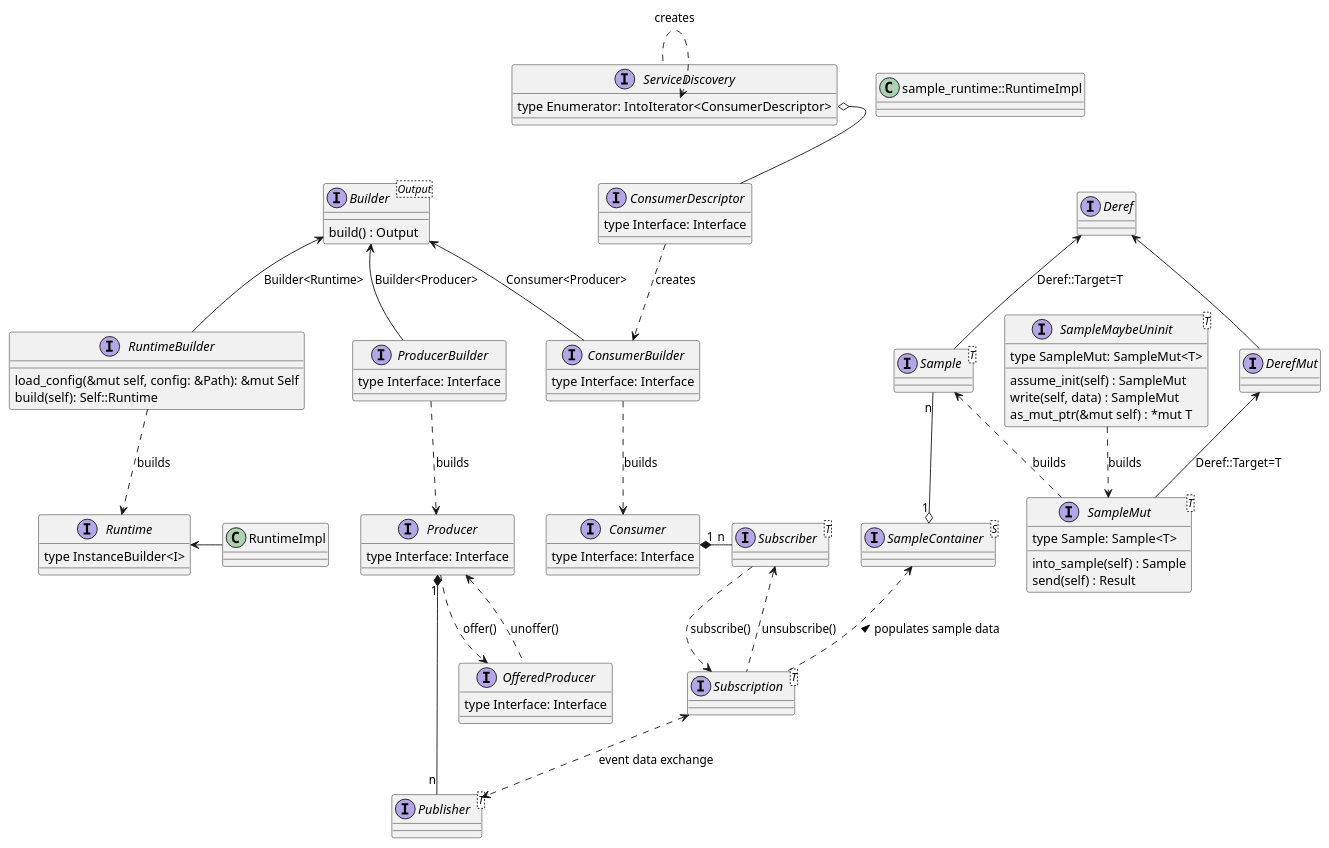
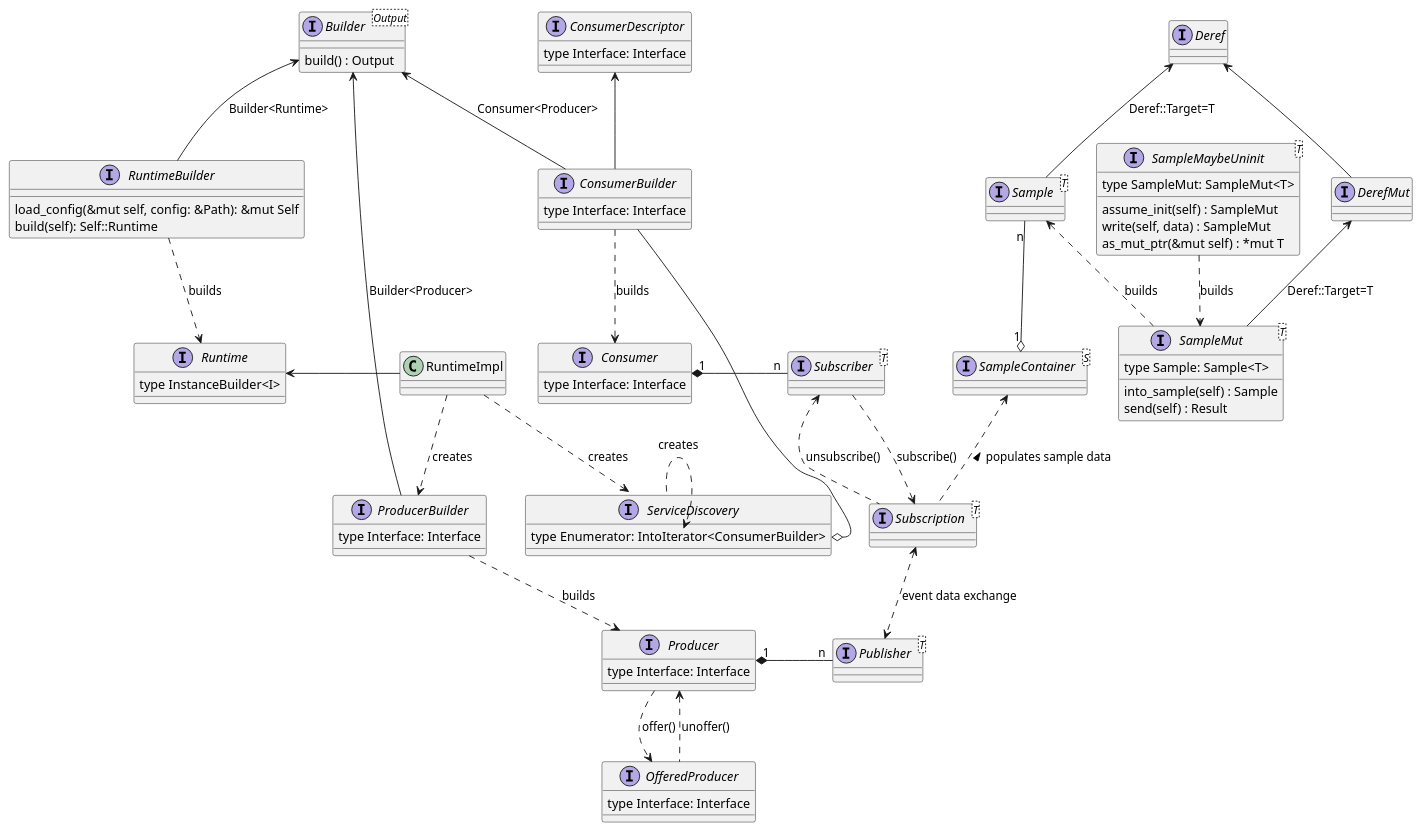
One commit to eclipse-score/inc_mw_com changed the diagram in com-api/docs/static.puml. Above: the diagram before and after it, drawn with PlantUML. The commit also changed 3 other files, not shown here.

First line of the commit message:
ServiceDiscovery directly returns ConsumerBuilder

```diff
--- a/com-api/docs/static.puml
+++ b/com-api/docs/static.puml
@@ -1,112 +1,115 @@
 @startuml
 
 ' Copyright (c) 2025 Contributors to the Eclipse Foundation
 '
 ' See the NOTICE file(s) distributed with this work for additional
 ' information regarding copyright ownership.
 '
 ' This program and the accompanying materials are made available under the
 ' terms of the Apache License Version 2.0 which is available at
 ' <https://www.apache.org/licenses/LICENSE-2.0>
 '
 ' SPDX-License-Identifier: Apache-2.0
 
 interface Builder<Output> {
     build() : Output
 }
 
 ' Also called "Node"
 interface Runtime {
     type InstanceBuilder<I>
 }
 
 Interface RuntimeBuilder {
     load_config(&mut self, config: &Path): &mut Self
     build(self): Self::Runtime
 }
 
 Builder <-- RuntimeBuilder : Builder<Runtime>
 RuntimeBuilder ..> Runtime : builds
 
 interface Deref
 interface DerefMut
 Deref <-- DerefMut
 
 interface Sample<T>
 Deref <-- Sample : Deref::Target=T
 
 interface SampleMut<T> {
     type Sample: Sample<T>
     into_sample(self) : Sample
     send(self) : Result
 }
 DerefMut <-- SampleMut : Deref::Target=T
 
 interface SampleMaybeUninit<T> {
     type SampleMut: SampleMut<T>
     assume_init(self) : SampleMut
     write(self, data) : SampleMut
     as_mut_ptr(&mut self) : *mut T
 }
 
 SampleMaybeUninit ..> SampleMut : builds
 Sample <.. SampleMut : builds
 
-class sample_runtime::RuntimeImpl
-
 Runtime <- RuntimeImpl
 
 interface ProducerBuilder {
   type Interface: Interface
 }
+
+RuntimeImpl ..> ProducerBuilder : creates
+
 interface Producer {
   type Interface: Interface
 }
 interface OfferedProducer {
   type Interface: Interface
 }
 
 Builder <-- ProducerBuilder : Builder<Producer>
 ProducerBuilder ..> Producer : builds
 Producer ..> OfferedProducer : offer()
 Producer <.. OfferedProducer : unoffer()
 
 interface ServiceDiscovery {
-  type Enumerator: IntoIterator<ConsumerDescriptor>
+  type Enumerator: IntoIterator<ConsumerBuilder>
 }
+
+RuntimeImpl ..> ServiceDiscovery : creates
 
 interface ConsumerDescriptor {
   type Interface: Interface
 }
 interface ConsumerBuilder {
   type Interface: Interface
 }
 interface Consumer {
   type Interface: Interface
 }
 
 Builder <-- ConsumerBuilder : Consumer<Producer>
 ServiceDiscovery ..> ServiceDiscovery::Enumerator : creates
-ServiceDiscovery::Enumerator o-- ConsumerDescriptor
-ConsumerDescriptor ..> ConsumerBuilder : creates
+ConsumerBuilder -o ServiceDiscovery::Enumerator
+ConsumerDescriptor <-- ConsumerBuilder
 ConsumerBuilder ..> Consumer : builds
 
 interface Subscriber<T>
 interface Subscription<T>
 interface SampleContainer<S>
 
 Sample "n" --o "1" SampleContainer
 
 Subscriber ..> Subscription : subscribe()
 Subscriber <.. Subscription : unsubscribe()
 
 SampleContainer <.. Subscription : populates sample data <
 
 Consumer "1" *- "n" Subscriber
 
 interface Publisher<T>
 
 Producer "1" *- "n" Publisher
 Subscription <..> Publisher : event data exchange
 
 @enduml
```
